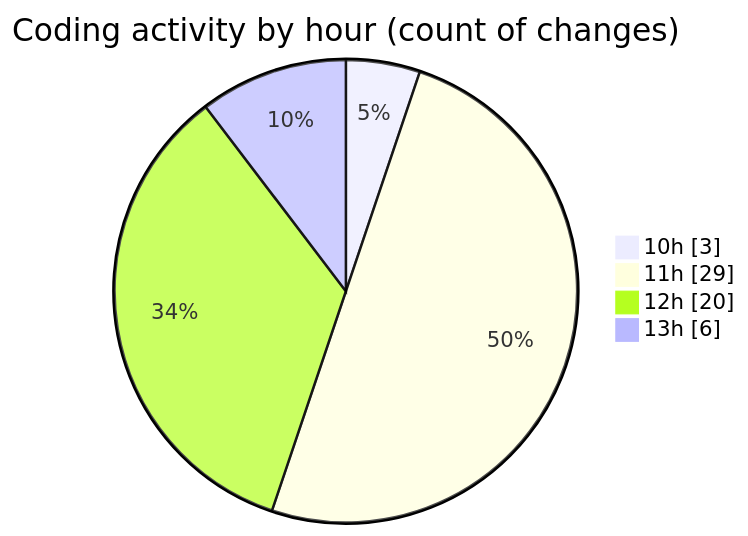
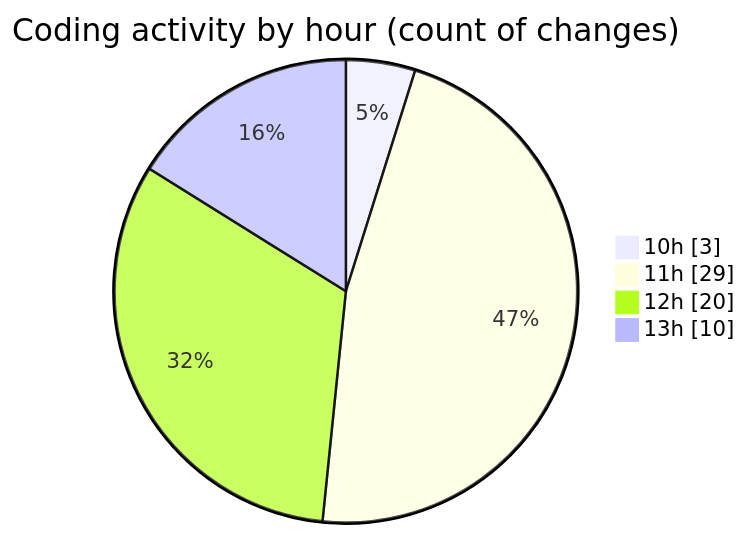
The second of 2 diagrams in 2025-08-14/ribbon/README.md (EIIisD/code-tracking), drawn with Mermaid before and after one commit. The commit also changed other lines of this file and 1 other file, not shown here.

````diff
--- a/2025-08-14/ribbon/README.md
+++ b/2025-08-14/ribbon/README.md
@@ -37,8 +37,8 @@
 ```mermaid
 pie showData
 title Coding activity by hour (count of changes)
 "10h" : 3
 "11h" : 29
 "12h" : 20
-"13h" : 6
+"13h" : 10
 ```
````
